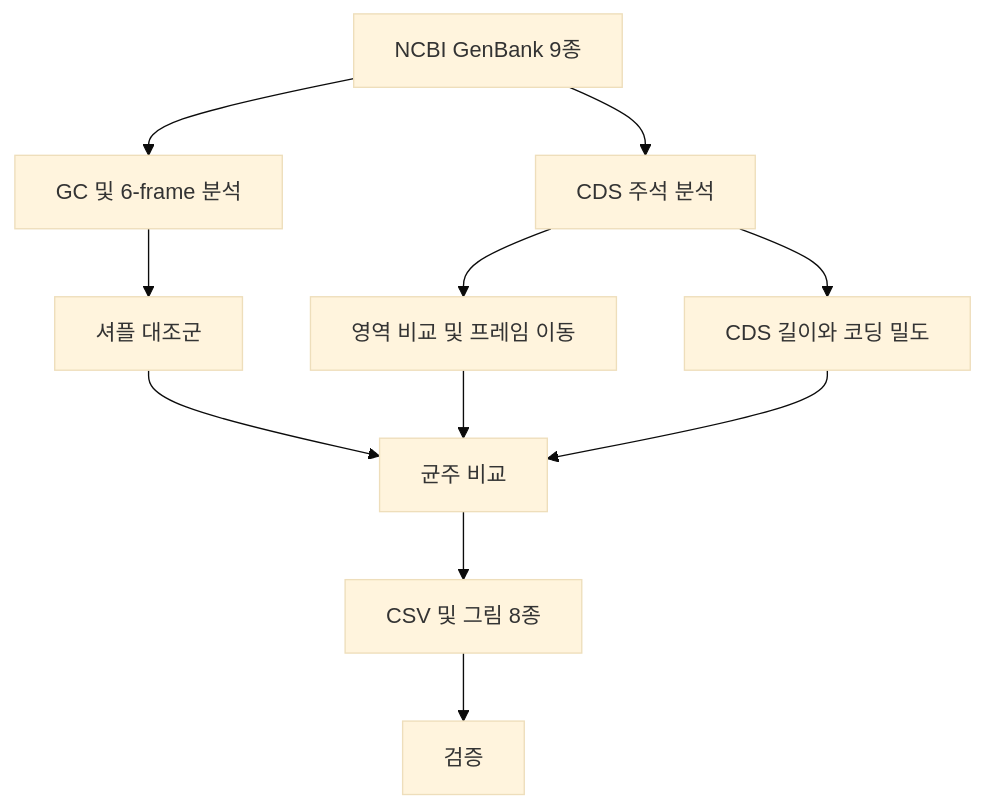
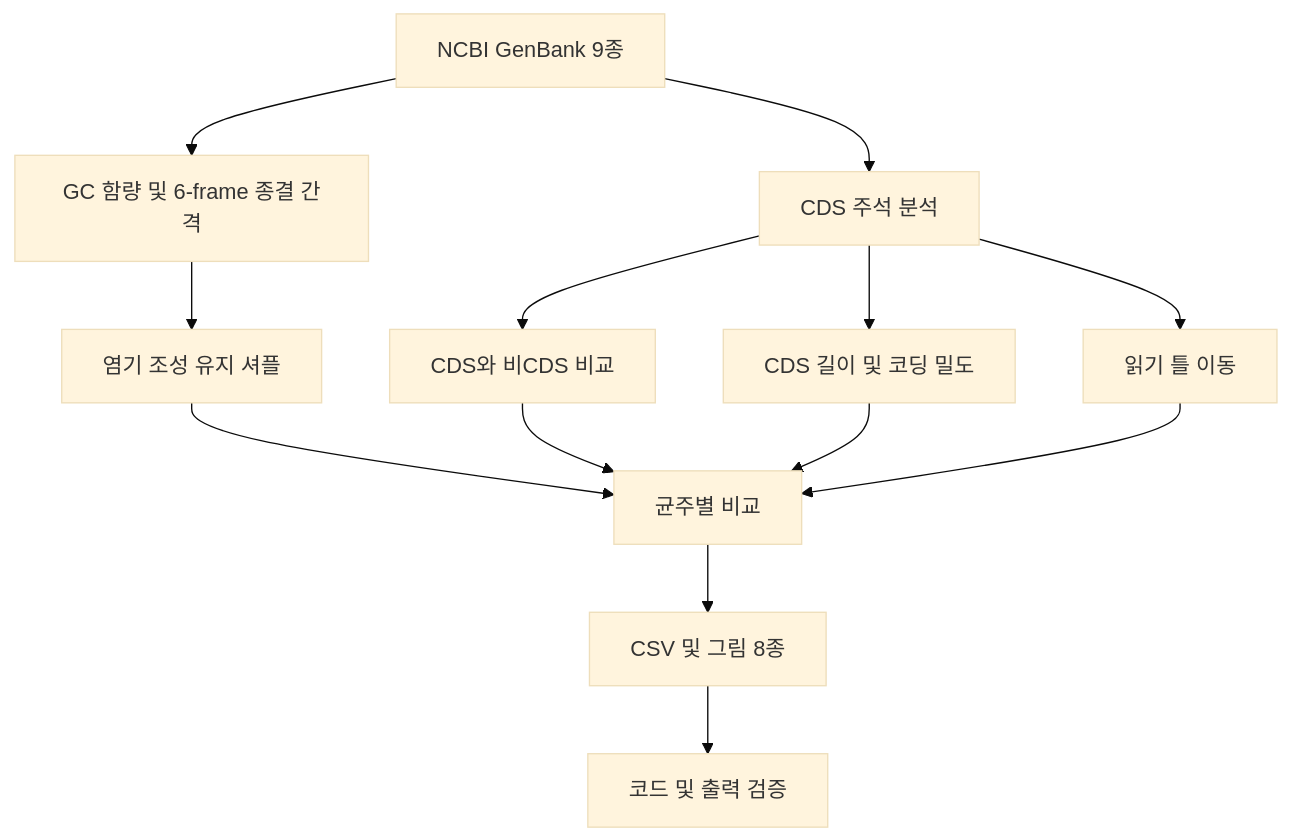
One commit to elin9785-afk/yujikang changed the diagram in README.md. Above: the diagram before and after it, drawn with Mermaid (base theme). The commit also changed other lines of this file and 17 other files, not shown here.

````diff
--- a/README.md
+++ b/README.md
@@ -26,13 +25,15 @@
 ```mermaid
 flowchart TD
-    A[NCBI GenBank 9종] --> B[GC 및 6-frame 분석]
+    A[NCBI GenBank 9종] --> B[GC 함량 및 6-frame 종결 간격]
     A --> C[CDS 주석 분석]
-    B --> D[셔플 대조군]
-    C --> E[영역 비교 및 프레임 이동]
-    C --> F[CDS 길이와 코딩 밀도]
-    D --> G[균주 비교]
-    E --> G
-    F --> G
-    G --> H[CSV 및 그림 8종]
-    H --> I[검증]
+    B --> D[염기 조성 유지 셔플]
+    C --> E[CDS와 비CDS 비교]
+    C --> F[CDS 길이 및 코딩 밀도]
+    C --> G[읽기 틀 이동]
+    D --> H[균주별 비교]
+    E --> H
+    F --> H
+    G --> H
+    H --> I[CSV 및 그림 8종]
+    I --> J[코드 및 출력 검증]
 ```
````
